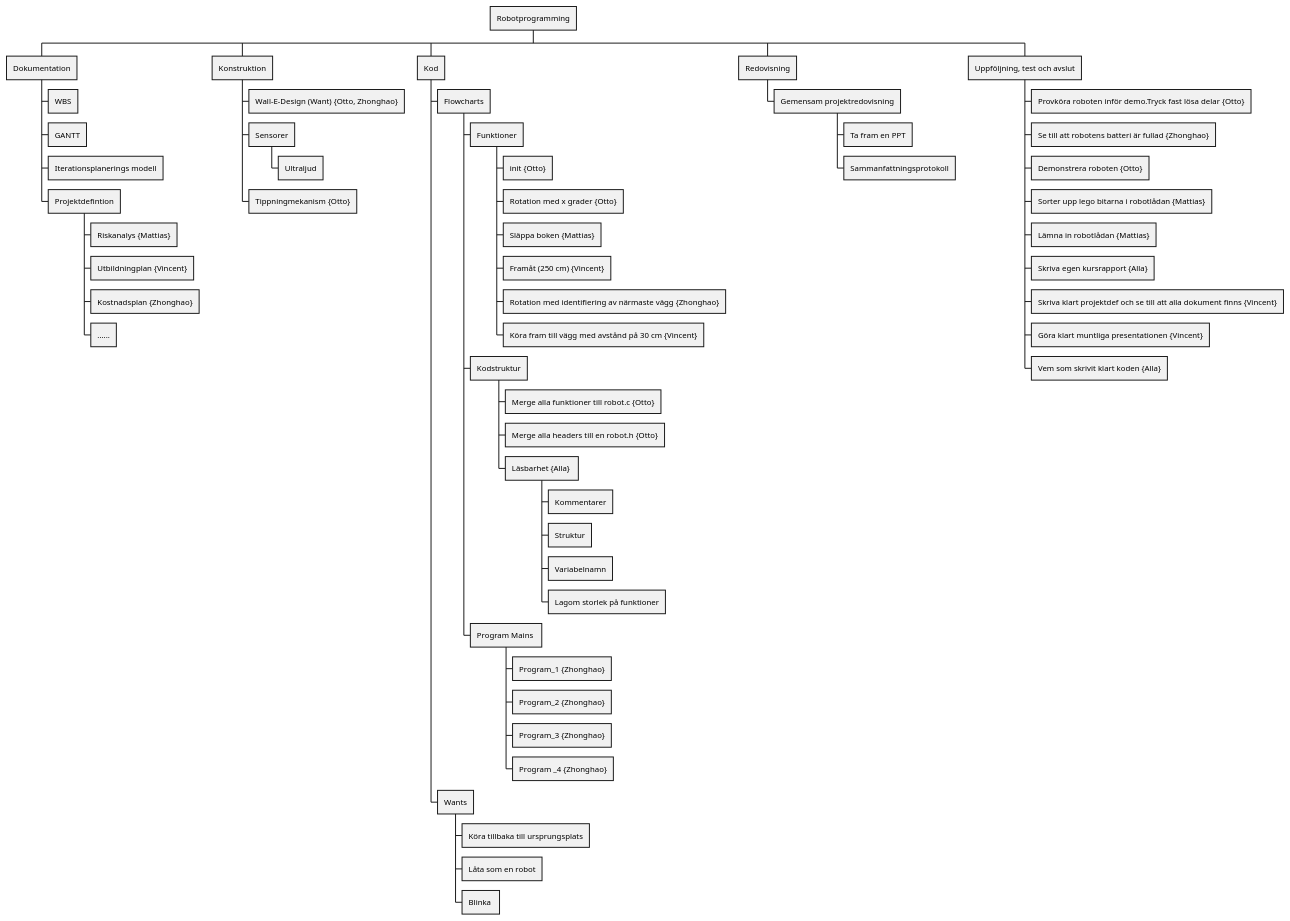
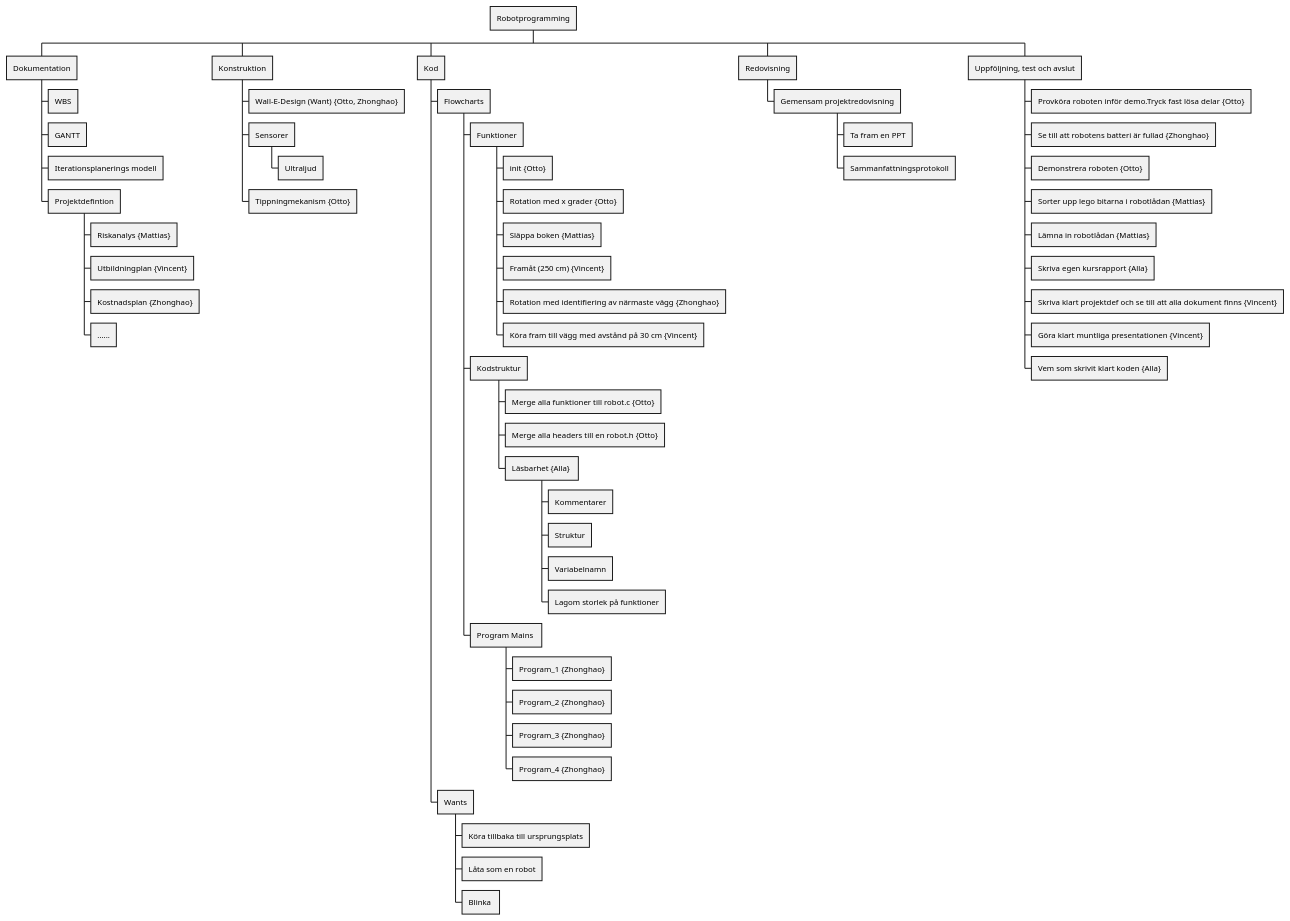
One commit to MattiasLindgren278/robot_project_18 changed the diagram in PlantUML/wbs.puml. Above: the diagram before and after it, drawn with PlantUML. The commit also changed 5 other files, not shown here.

```diff
--- a/PlantUML/wbs.puml
+++ b/PlantUML/wbs.puml
@@ -1,61 +1,61 @@
 @startwbs
 * Robotprogramming
 ** Dokumentation
 *** WBS
 *** GANTT
 *** Iterationsplanerings modell
 *** Projektdefintion
 **** Riskanalys {Mattias}
 **** Utbildningplan {Vincent}
 **** Kostnadsplan {Zhonghao}
 **** ......
 ** Konstruktion
 *** Wall-E-Design (Want) {Otto, Zhonghao}
 *** Sensorer
 **** Ultraljud
 *** Tippningmekanism {Otto}
 ** Kod
 *** Flowcharts
 **** Funktioner
 ***** init {Otto}
 ***** Rotation med x grader {Otto}
 ***** Släppa boken {Mattias}
 ***** Framåt (250 cm) {Vincent}
 ***** Rotation med identifiering av närmaste vägg {Zhonghao}
 ***** Köra fram till vägg med avstånd på 30 cm {Vincent}
 **** Kodstruktur
 ***** Merge alla funktioner till robot.c {Otto}
 ***** Merge alla headers till en robot.h {Otto}
 ***** Läsbarhet {Alla} 
 ****** Kommentarer
 ****** Struktur
 ****** Variabelnamn
 ****** Lagom storlek på funktioner
 **** Program Mains 
 ***** Program_1 {Zhonghao}
 ***** Program_2 {Zhonghao}
 ***** Program_3 {Zhonghao}
-***** Program _4 {Zhonghao}
+***** Program_4 {Zhonghao}
 *** Wants
 **** Köra tillbaka till ursprungsplats
 **** Låta som en robot
 **** Blinka 
 ** Redovisning
 *** Gemensam projektredovisning
 ' note bottom
 ' Alla skall hålla den enskilt (7 min)
 ' end note 
 **** Ta fram en PPT
 **** Sammanfattningsprotokoll
 
 ** Uppföljning, test och avslut
 *** Provköra roboten inför demo.Tryck fast lösa delar {Otto}
 *** Se till att robotens batteri är fullad {Zhonghao}
 *** Demonstrera roboten {Otto}
 *** Sorter upp lego bitarna i robotlådan {Mattias}
 *** Lämna in robotlådan {Mattias}
 *** Skriva egen kursrapport {Alla}
 *** Skriva klart projektdef och se till att alla dokument finns {Vincent}
 *** Göra klart muntliga presentationen {Vincent}
 *** Vem som skrivit klart koden {Alla}
 @endwbs
```
